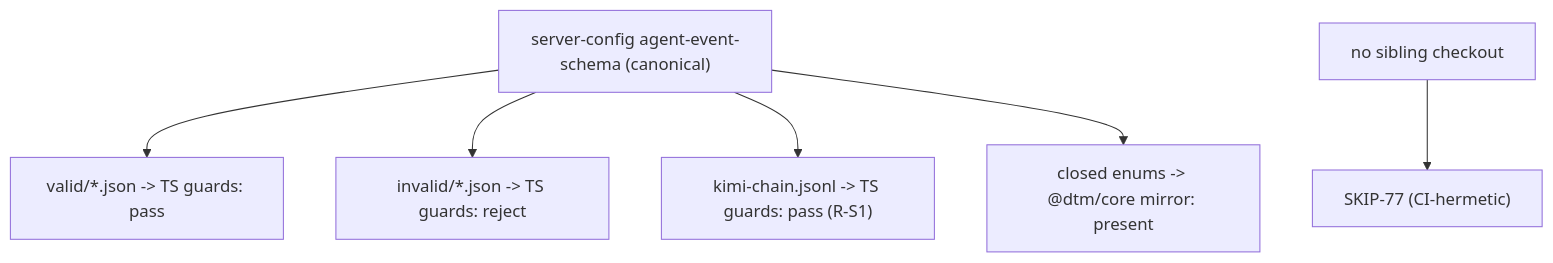
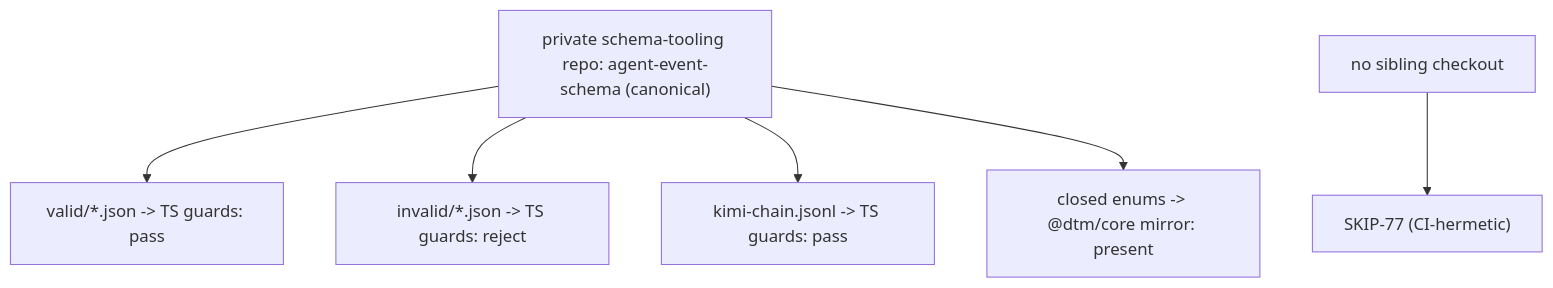
One commit to inctasoft/setpoint-evals-dtm-examples changed the diagram in setpoint-evals/SE-40-agent-forest-schema-conformance/README.md. Above: the diagram before and after it, drawn with Mermaid. The commit also changed other lines of this file and 22 other files, not shown here.

````diff
--- a/setpoint-evals/SE-40-agent-forest-schema-conformance/README.md
+++ b/setpoint-evals/SE-40-agent-forest-schema-conformance/README.md
@@ -27,8 +30,8 @@
 ```mermaid
 flowchart TD
-  CANON["server-config agent-event-schema (canonical)"] --> V["valid/*.json -> TS guards: pass"]
+  CANON["private schema-tooling repo: agent-event-schema (canonical)"] --> V["valid/*.json -> TS guards: pass"]
   CANON --> I["invalid/*.json -> TS guards: reject"]
-  CANON --> K["kimi-chain.jsonl -> TS guards: pass (R-S1)"]
+  CANON --> K["kimi-chain.jsonl -> TS guards: pass"]
   CANON --> E["closed enums -> @dtm/core mirror: present"]
   NOSC["no sibling checkout"] --> SKIP["SKIP-77 (CI-hermetic)"]
 ```
````
